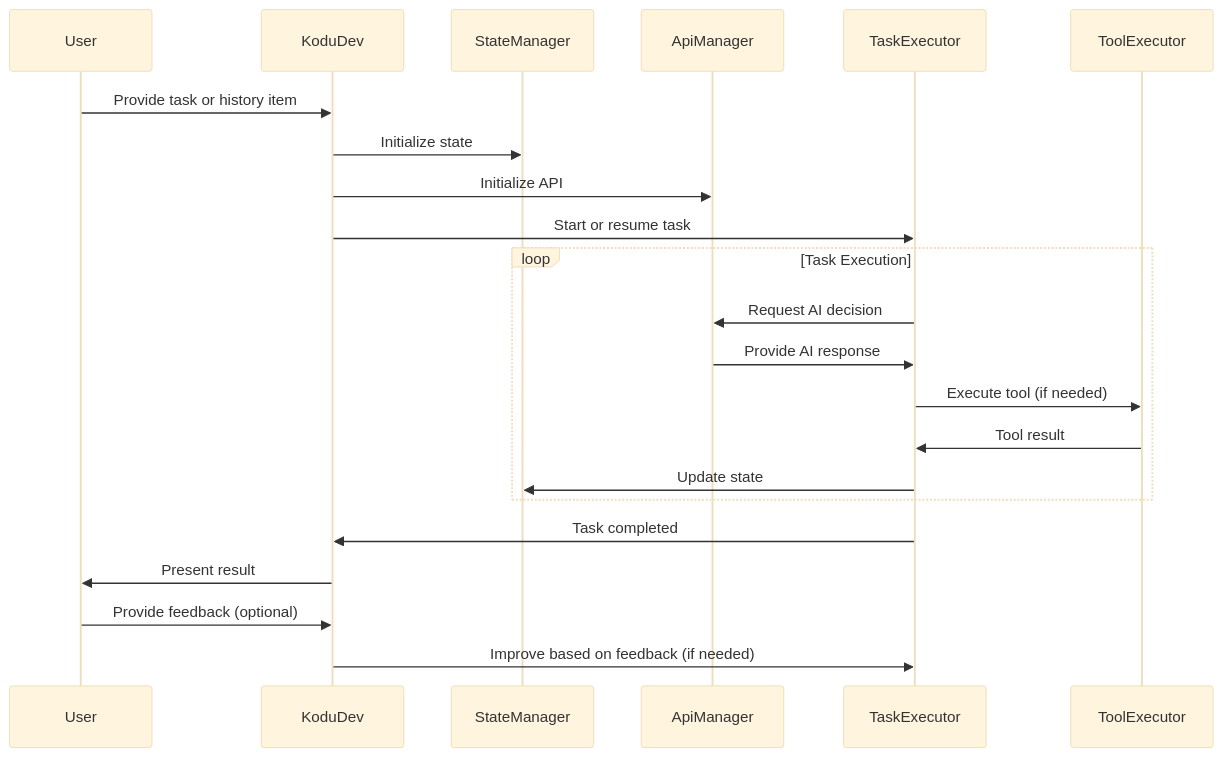
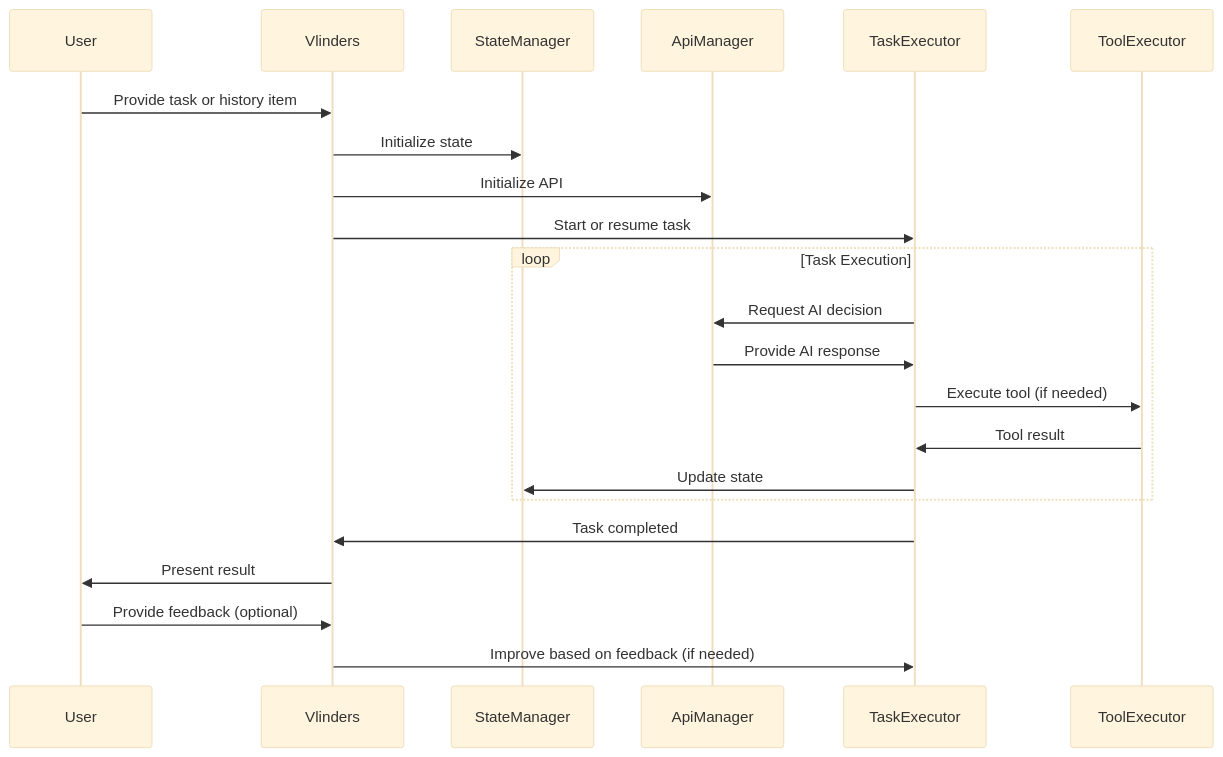
One commit to QuickerStudio/Vlinder3 changed the second of 2 diagrams in flow/diagrams.md. Above: the diagram before and after it, drawn with Mermaid (base theme). The commit also changed other lines of this file and 117 other files, not shown here.

````diff
--- a/flow/diagrams.md
+++ b/flow/diagrams.md
@@ -33,25 +33,25 @@
 ```mermaid
 sequenceDiagram
     participant User
-    participant KoduDev
+    participant Vlinders
     participant StateManager
     participant ApiManager
     participant TaskExecutor
     participant ToolExecutor
 
-    User->>KoduDev: Provide task or history item
-    KoduDev->>StateManager: Initialize state
-    KoduDev->>ApiManager: Initialize API
-    KoduDev->>TaskExecutor: Start or resume task
+    User->>Vlinders: Provide task or history item
+    Vlinders->>StateManager: Initialize state
+    Vlinders->>ApiManager: Initialize API
+    Vlinders->>TaskExecutor: Start or resume task
     loop Task Execution
         TaskExecutor->>ApiManager: Request AI decision
         ApiManager->>TaskExecutor: Provide AI response
         TaskExecutor->>ToolExecutor: Execute tool (if needed)
         ToolExecutor->>TaskExecutor: Tool result
         TaskExecutor->>StateManager: Update state
     end
-    TaskExecutor->>KoduDev: Task completed
-    KoduDev->>User: Present result
-    User->>KoduDev: Provide feedback (optional)
-    KoduDev->>TaskExecutor: Improve based on feedback (if needed)
+    TaskExecutor->>Vlinders: Task completed
+    Vlinders->>User: Present result
+    User->>Vlinders: Provide feedback (optional)
+    Vlinders->>TaskExecutor: Improve based on feedback (if needed)
 ```
````
